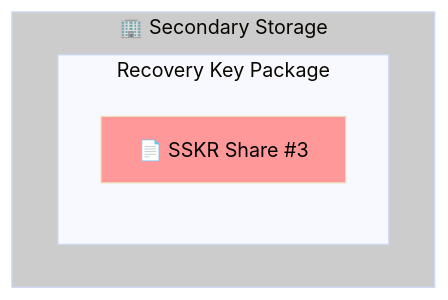
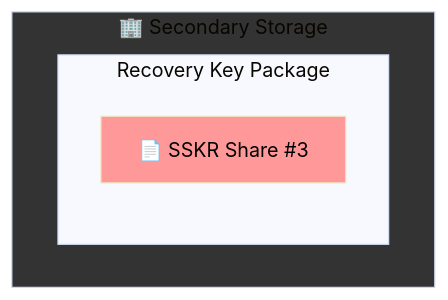
Diagram 17 of 26 in Docs/Scenario-Multisig.md (BlockchainCommons/SmartCustody), drawn with Mermaid (base theme) before and after one commit. The commit also changed other lines of this file, not shown here.

````diff
--- a/Docs/Scenario-Multisig.md
+++ b/Docs/Scenario-Multisig.md
@@ -580,10 +580,10 @@
     ```mermaid
     graph TD;
     subgraph secondary ["🏢 Secondary Storage"]
       subgraph "Recovery Key Package"
       D["📄 SSKR Share #3"]
       end
     end        
-    style secondary fill:#cccccc;
+    style secondary fill:#333;
     style D color:#000,fill:#ff9999;
     ```
````
